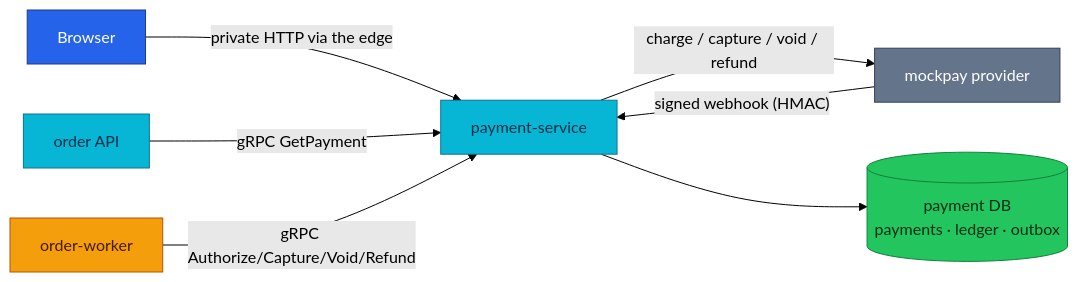
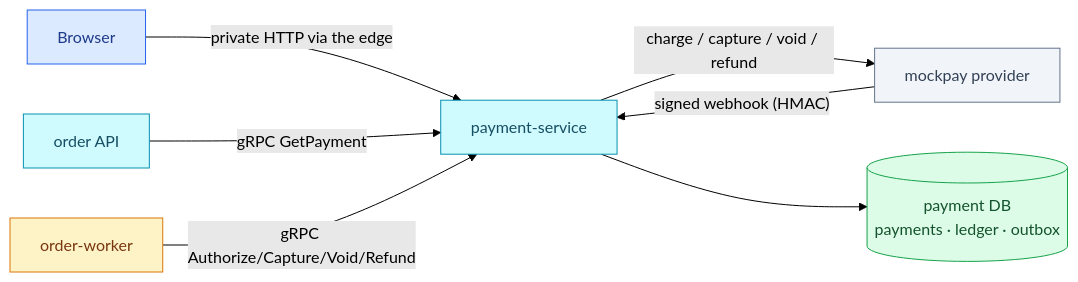
Before and after one commit to duynhlab/homelab: the first of 3 diagrams in docs/api/payments.md, drawn with Mermaid (forest theme). The commit also changed other lines of this file and 174 other files, not shown here.

First line of the commit message:
Soft-tint diagram palette, a signal-flow diagram, a Linux-ready Draw.io skill

````diff
--- a/docs/api/payments.md
+++ b/docs/api/payments.md
@@ -59,20 +59,20 @@
 ```mermaid
 flowchart LR
     Browser -->|"private HTTP via the edge"| Payment["payment-service"]
     Provider["mockpay provider"] -->|"signed webhook (HMAC)"| Payment
     OrderAPI["order API"] -->|"gRPC GetPayment"| Payment
     Worker["order-worker"] -->|"gRPC Authorize/Capture/Void/Refund"| Payment
     Payment -->|"charge / capture / void / refund"| Provider
     Payment --> DB[("payment DB<br/>payments · ledger · outbox")]
 
-    classDef edge fill:#2563eb,color:#fff,stroke:#1e3a8a;
-    classDef service fill:#06b6d4,color:#082f49,stroke:#0e7490;
-    classDef worker fill:#f59e0b,color:#451a03,stroke:#b45309;
-    classDef data fill:#22c55e,color:#052e16,stroke:#15803d;
-    classDef external fill:#64748b,color:#fff,stroke:#334155;
+    classDef edge fill:#dbeafe,color:#1e3a8a,stroke:#2563eb;
+    classDef service fill:#cffafe,color:#164e63,stroke:#0891b2;
+    classDef worker fill:#fef3c7,color:#78350f,stroke:#d97706;
+    classDef data fill:#dcfce7,color:#14532d,stroke:#16a34a;
+    classDef external fill:#f1f5f9,color:#334155,stroke:#64748b;
     class Browser edge;
     class Payment,OrderAPI service;
     class Worker worker;
     class DB data;
     class Provider external;
 ```
````
